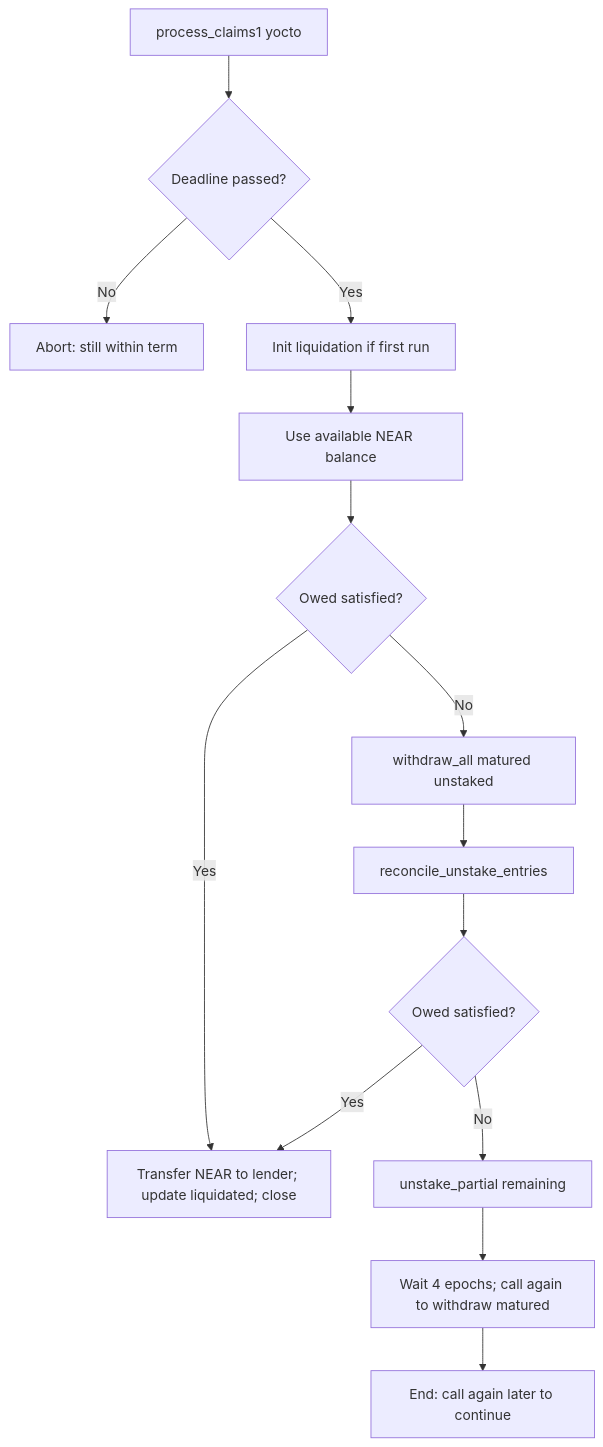
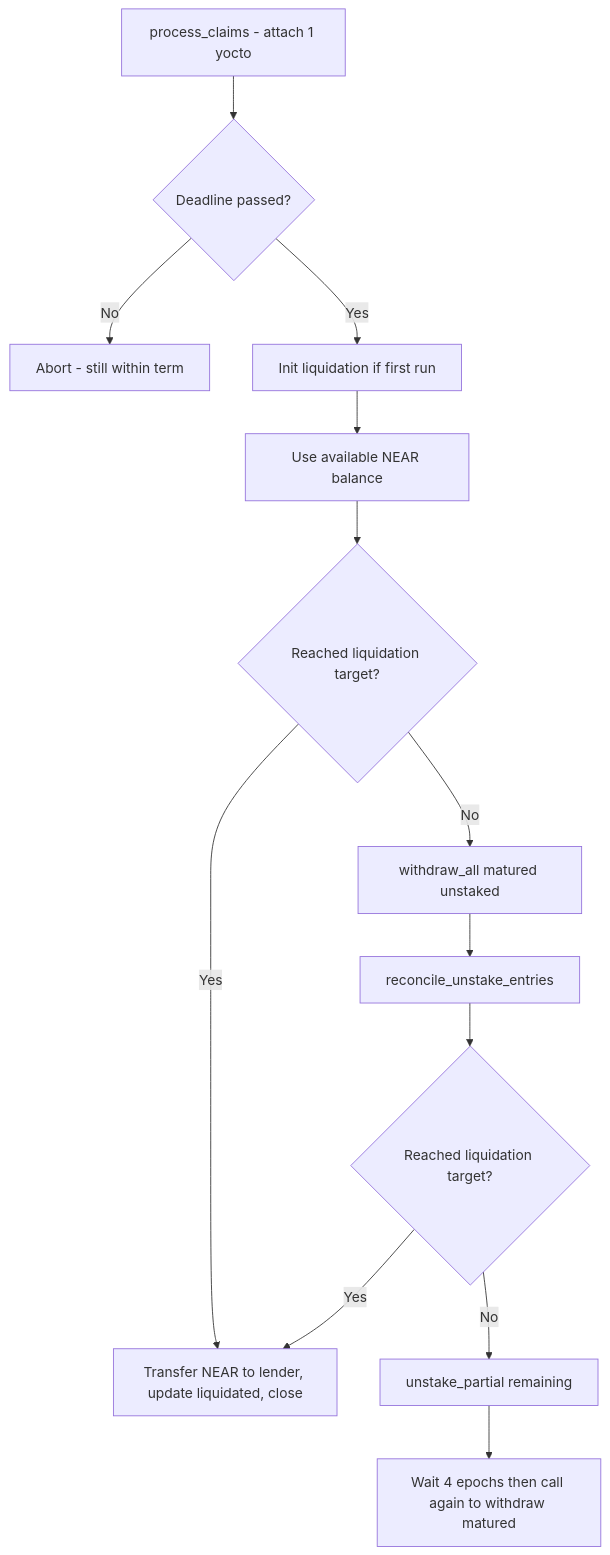
The fourth of 6 diagrams in PERSONAS_AND_FLOWS.md (sudostake/resources), drawn with Mermaid before and after one commit. The commit also changed other lines of this file, not shown here.

First line of the commit message:
Revise personas and flow documentation for NEAR MVP

````diff
--- a/PERSONAS_AND_FLOWS.md
+++ b/PERSONAS_AND_FLOWS.md
@@ -135,16 +149,15 @@
 ```mermaid
 flowchart TD
-P0[process_claims1 yocto] --> C1{Deadline passed?}
-C1 -- No --> X1[Abort: still within term]
-C1 -- Yes --> I0[Init liquidation if first run]
-I0 --> L1[Use available NEAR balance]
-L1 --> C2{Owed satisfied?}
-C2 -- Yes --> Z[Transfer NEAR to lender; update liquidated; close]
-C2 -- No --> M1[withdraw_all matured unstaked]
-M1 --> R1[reconcile_unstake_entries]
-R1 --> C3{Owed satisfied?}
-C3 -- Yes --> Z
-C3 -- No --> U1[unstake_partial remaining]
-U1 --> W1[Wait 4 epochs; call again to withdraw matured]
-W1 --> X2[End: call again later to continue]
+    P0[process_claims - attach 1 yocto] --> C1{Deadline passed?}
+    C1 -- No --> X1[Abort - still within term]
+    C1 -- Yes --> I0[Init liquidation if first run]
+    I0 --> L1[Use available NEAR balance]
+    L1 --> C2{Reached liquidation target?}
+    C2 -- Yes --> Z[Transfer NEAR to lender, update liquidated, close]
+    C2 -- No --> M1[withdraw_all matured unstaked]
+    M1 --> R1[reconcile_unstake_entries]
+    R1 --> C3{Reached liquidation target?}
+    C3 -- Yes --> Z
+    C3 -- No --> U1[unstake_partial remaining]
+    U1 --> W1[Wait 4 epochs then call again to withdraw matured]
 ```
````
